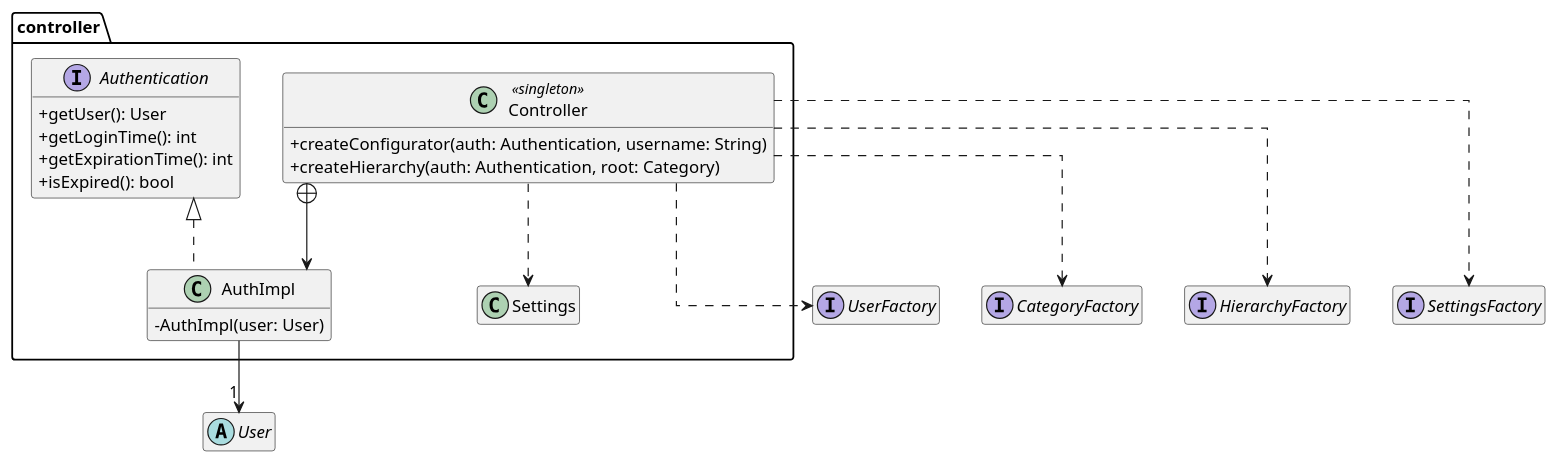
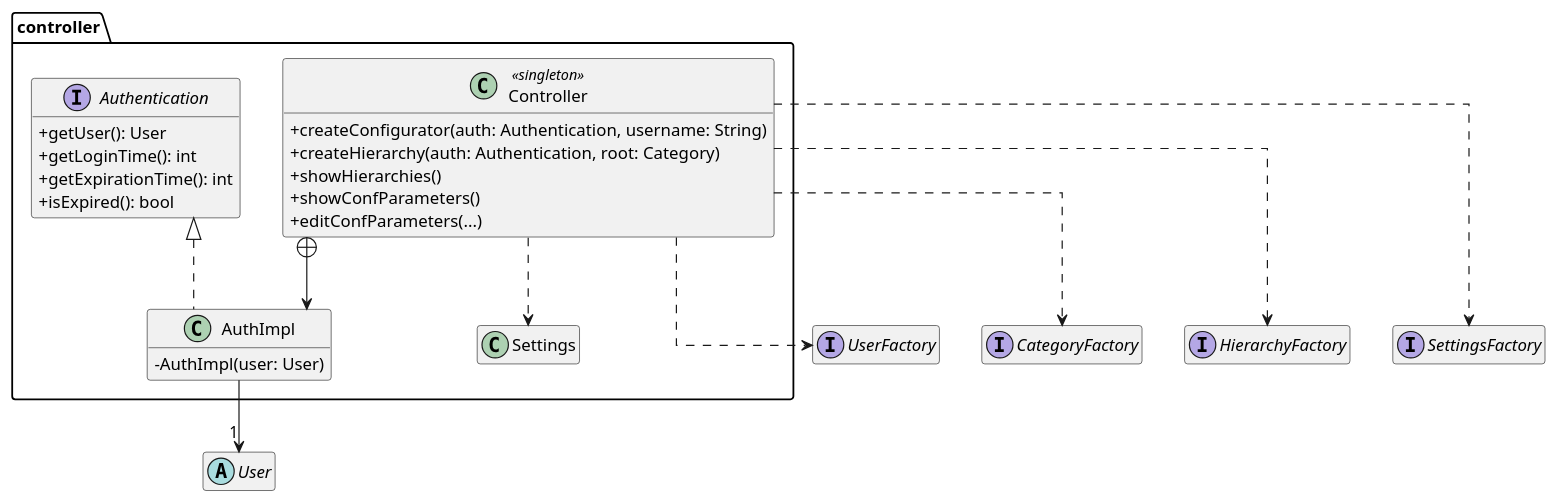
The diagram in DOC/VER2/diagrams/class/class_diagram_controller.puml (Matlice/ing_sw_2022), drawn with PlantUML before and after one commit. The commit also changed 8 other files, not shown here.

Commit message:
diagramma classi v3

```diff
--- a/DOC/VER2/diagrams/class/class_diagram_controller.puml
+++ b/DOC/VER2/diagrams/class/class_diagram_controller.puml
@@ -1,46 +1,49 @@
 @startuml
 
 skinparam ClassAttributeIconSize 0
 'skinparam groupInheritance 2
 skinparam linetype ortho
 hide empty members
 
 package controller #FFFFFF {
 
     class Controller <<singleton>> {
         + createConfigurator(auth: Authentication, username: String)
         + createHierarchy(auth: Authentication, root: Category)
+        + showHierarchies()
+        + showConfParameters()
+        + editConfParameters(...)
     }
 
     class AuthImpl implements Authentication {
         - AuthImpl(user: User)
     }
 
     interface Authentication {
         + getUser(): User
         + getLoginTime(): int
         + getExpirationTime(): int
         + isExpired(): bool
     }
 
     class Settings {}
 }
 
 abstract class User
 
 interface UserFactory
 interface CategoryFactory
 interface HierarchyFactory
 interface SettingsFactory
 
 AuthImpl --> "1" User
 Controller +-down-> AuthImpl
 
 Controller ..> Settings
 
 Controller .down.> UserFactory
 Controller .down.> CategoryFactory
 Controller .down.> HierarchyFactory
 Controller .down.> SettingsFactory
 
 @enduml
```
